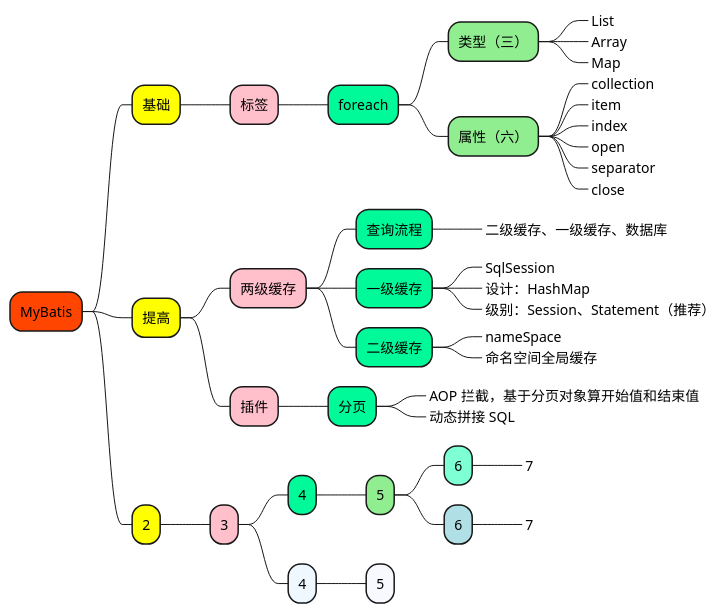
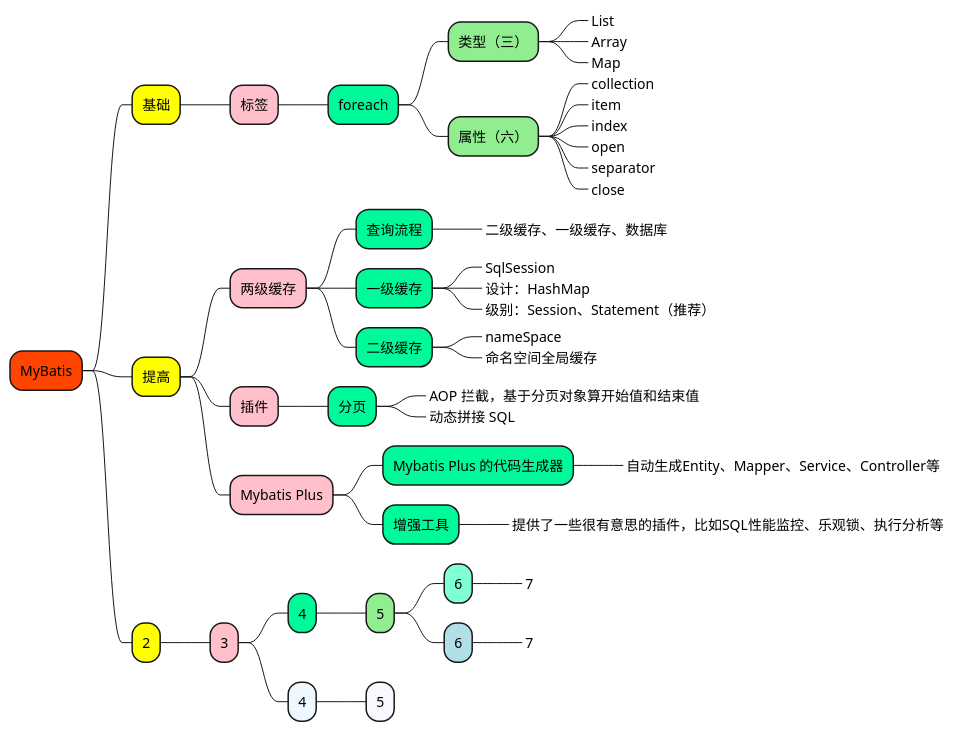
Before and after one commit to doveg/self-cultivation-of-a-software-engineer: the diagram in 1_map/2-framework/MyBatis.puml, drawn with PlantUML. The commit also changed 6 other files, not shown here.

```diff
--- a/1_map/2-framework/MyBatis.puml
+++ b/1_map/2-framework/MyBatis.puml
@@ -1,63 +1,69 @@
 @startmindmap
 
 +[#OrangeRed] MyBatis
 
 ++[#yellow] 基础
 
 +++[#Pink] 标签
 
 ++++[#MediumSpringGreen] foreach
 +++++[#LightGreen] 类型（三）
 ++++++[#Aquamarine]_ List
 ++++++[#Aquamarine]_ Array
 ++++++[#Aquamarine]_ Map
 
 +++++[#LightGreen] 属性（六）
 ++++++[#Aquamarine]_ collection
 ++++++[#Aquamarine]_ item
 ++++++[#Aquamarine]_ index
 ++++++[#Aquamarine]_ open
 ++++++[#Aquamarine]_ separator
 ++++++[#Aquamarine]_ close
 
 
 ++[#yellow] 提高
 
 +++[#Pink] 两级缓存
 ++++[#MediumSpringGreen] 查询流程
 +++++[#LightGreen]_ 二级缓存、一级缓存、数据库
 ++++[#MediumSpringGreen] 一级缓存
 +++++[#LightGreen]_ SqlSession
 +++++[#LightGreen]_ 设计：HashMap
 +++++[#LightGreen]_ 级别：Session、Statement（推荐）
 
 ++++[#MediumSpringGreen] 二级缓存
 +++++[#LightGreen]_ nameSpace
 +++++[#LightGreen]_ 命名空间全局缓存
 
 +++[#Pink] 插件
 ++++[#MediumSpringGreen] 分页
 +++++[#LightGreen]_ AOP 拦截，基于分页对象算开始值和结束值
 +++++[#LightGreen]_ 动态拼接 SQL
 
++++[#Pink] Mybatis Plus
+
+++++[#MediumSpringGreen] Mybatis Plus 的代码生成器
++++++[#LightGreen]_ 自动生成Entity、Mapper、Service、Controller等
+++++[#MediumSpringGreen] 增强工具
++++++[#LightGreen]_ 提供了一些很有意思的插件，比如SQL性能监控、乐观锁、执行分析等
 
 
 
 ++[#yellow] 2
 
 +++[#Pink] 3
 
 ++++[#MediumSpringGreen] 4
 +++++[#LightGreen] 5
 ++++++[#Aquamarine] 6
 +++++++[#Aquamarine]_ 7
 ++++++[#PowderBlue] 6
 +++++++[#PowderBlue]_ 7
 ++++[#AliceBlue] 4
 +++++[#GhostWhite] 5
 
 
 
 
 
 @endmindmap
```
